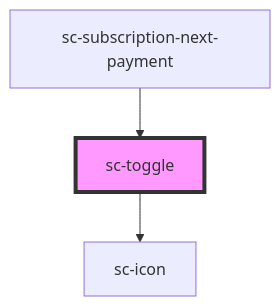
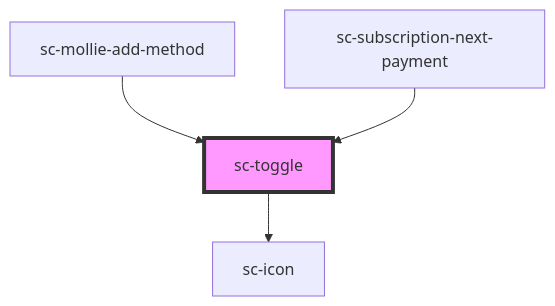
The diagram in packages/components/src/components/ui/sc-toggle/readme.md (surecart/surecart-wp-plugin), drawn with Mermaid before and after one commit. The commit also changed other lines of this file and 15 other files, not shown here.

````diff
--- a/packages/components/src/components/ui/sc-toggle/readme.md
+++ b/packages/components/src/components/ui/sc-toggle/readme.md
@@ -53,6 +54,7 @@
 ```mermaid
 graph TD;
   sc-toggle --> sc-icon
+  sc-mollie-add-method --> sc-toggle
   sc-subscription-next-payment --> sc-toggle
   style sc-toggle fill:#f9f,stroke:#333,stroke-width:4px
 ```
````
